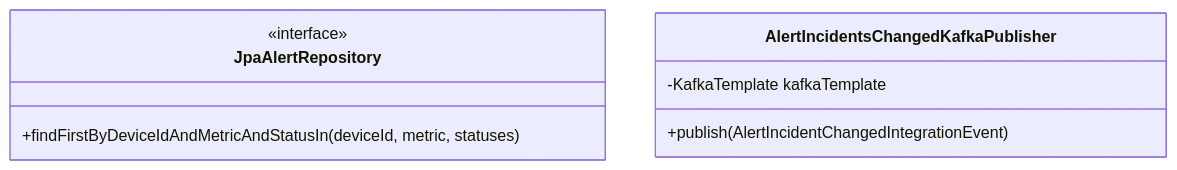
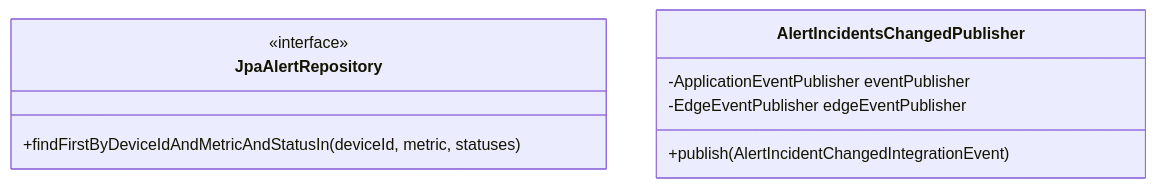
Before and after one commit to Vanana-Desarrollo-de-Soluciones-IOT/clair-core: the fifth of 5 diagrams in docs/class-diagrams/alerting-bc.md, drawn with Mermaid. The commit also changed other lines of this file and 54 other files, not shown here.

````diff
--- a/docs/class-diagrams/alerting-bc.md
+++ b/docs/class-diagrams/alerting-bc.md
@@ -288,11 +295,12 @@
 ```mermaid
 classDiagram
 class JpaAlertRepository {
     <<interface>>
     +findFirstByDeviceIdAndMetricAndStatusIn(deviceId, metric, statuses)
 }
-class AlertIncidentsChangedKafkaPublisher {
-    -KafkaTemplate kafkaTemplate
+class AlertIncidentsChangedPublisher {
+    -ApplicationEventPublisher eventPublisher
+    -EdgeEventPublisher edgeEventPublisher
     +publish(AlertIncidentChangedIntegrationEvent)
 }
 ```
````
